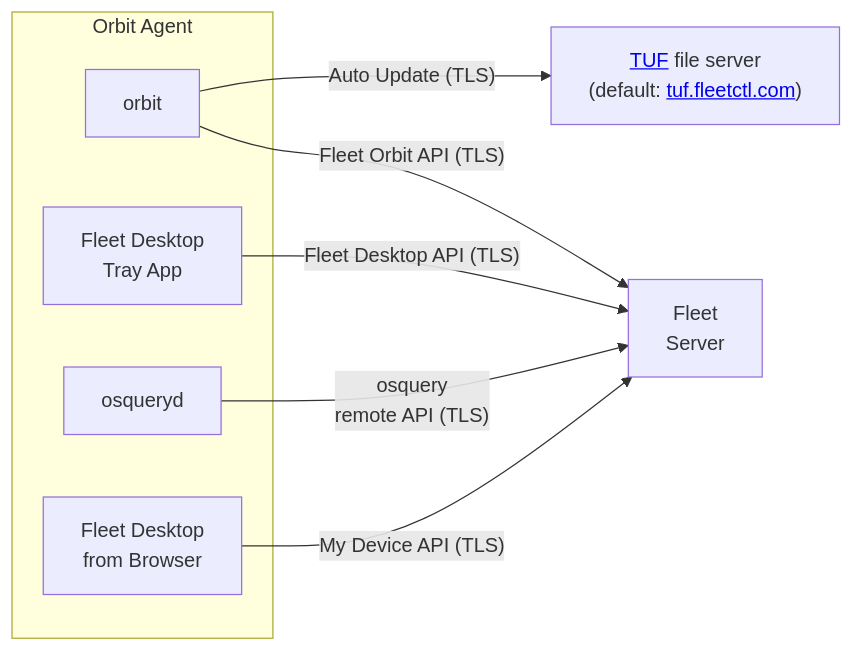
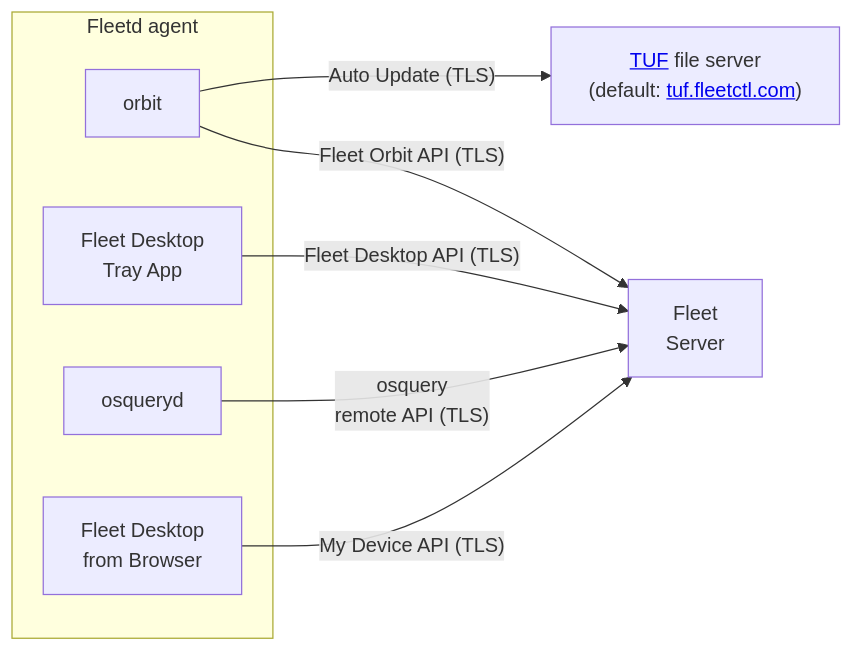
One commit to fleetdm/fleet changed the diagram in docs/Using-Fleet/Orbit.md. Above: the diagram before and after it, drawn with Mermaid.

Commit message:
Update Orbit.md
Changed name of "Orbit Agent" to "Fleetd agent". I'm under the impression we are getting away from the use of "Orbit" as the full agent name in favour of using "Fleetd".

````diff
--- a/docs/Using-Fleet/Orbit.md
+++ b/docs/Using-Fleet/Orbit.md
@@ -49,20 +49,20 @@
 ```mermaid
 graph LR;
     tuf["<a href=https://theupdateframework.io/>TUF</a> file server<br>(default: <a href=https://tuf.fleetctl.com>tuf.fleetctl.com</a>)"];
     fleet_server[Fleet<br>Server];
 
-    subgraph Orbit Agent
+    subgraph Fleetd agent
         orbit[orbit];
         desktop[Fleet Desktop<br>Tray App];
         osqueryd[osqueryd];
 
         desktop_browser[Fleet Desktop<br> from Browser];
     end
 
     orbit -- "Fleet Orbit API (TLS)" --> fleet_server;
     desktop -- "Fleet Desktop API (TLS)" --> fleet_server;
     osqueryd -- "osquery<br>remote API (TLS)" --> fleet_server;
     desktop_browser -- "My Device API (TLS)" --> fleet_server;
 
     orbit -- "Auto Update (TLS)" --> tuf;
 ```
````
